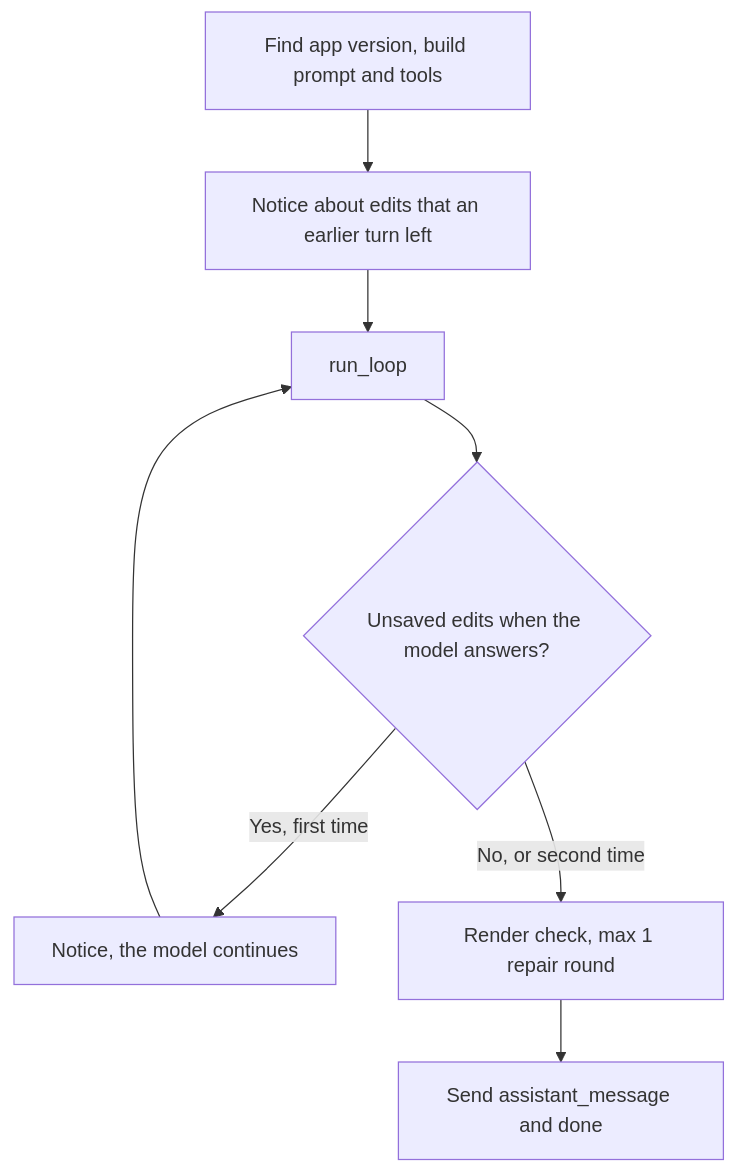
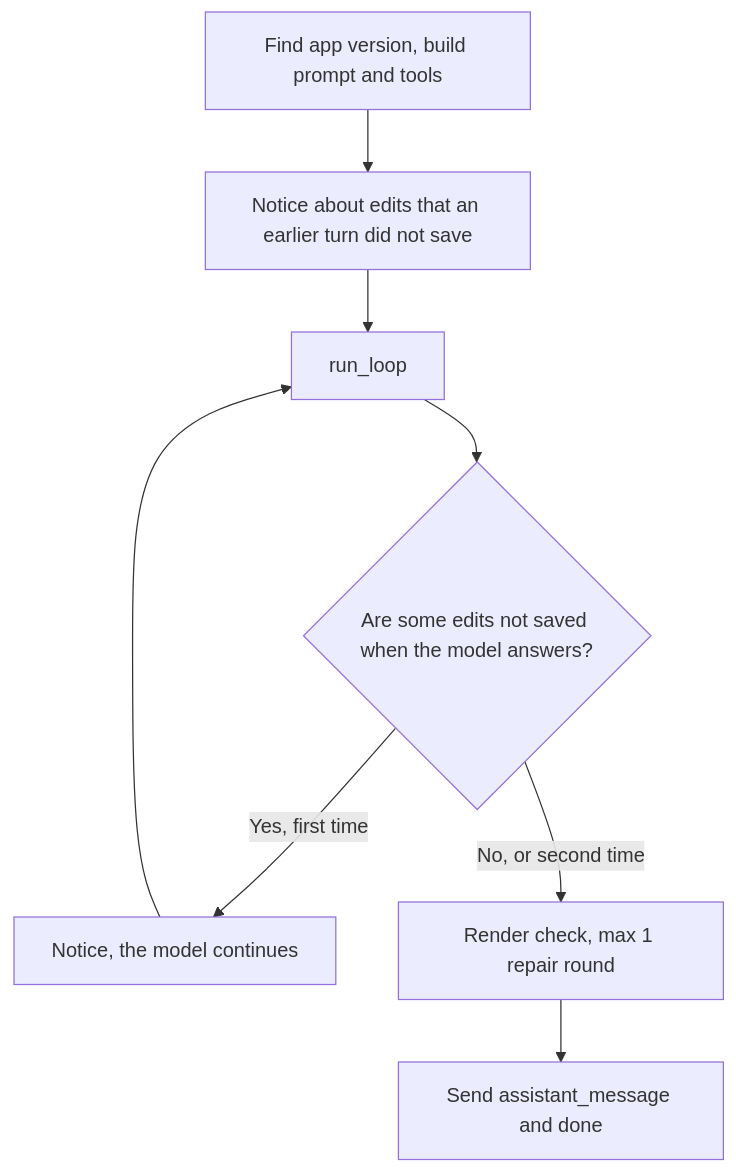
The fifth of 6 diagrams in src/AI/assistant/docs/modules/graph.md (Altinn/altinn-studio), drawn with Mermaid before and after one commit. The commit also changed other lines of this file and 10 other files, not shown here.

First line of the commit message:
refactor(assistant): trim the prompts, comments and docs about unsaved edits

````diff
--- a/src/AI/assistant/docs/modules/graph.md
+++ b/src/AI/assistant/docs/modules/graph.md
@@ -96,10 +98,10 @@
 ```mermaid
 flowchart TD
-  A["Find app version, build prompt and tools"] --> N["Notice about edits that an earlier turn left"]
+  A["Find app version, build prompt and tools"] --> N["Notice about edits that an earlier turn did not save"]
   N --> B["run_loop"]
-  B --> U{"Unsaved edits when the model answers?"}
+  B --> U{"Are some edits not saved when the model answers?"}
   U -->|"Yes, first time"| O["Notice, the model continues"]
   O --> B
   U -->|"No, or second time"| D["Render check, max 1 repair round"]
   D --> E["Send assistant_message and done"]
 ```
````
